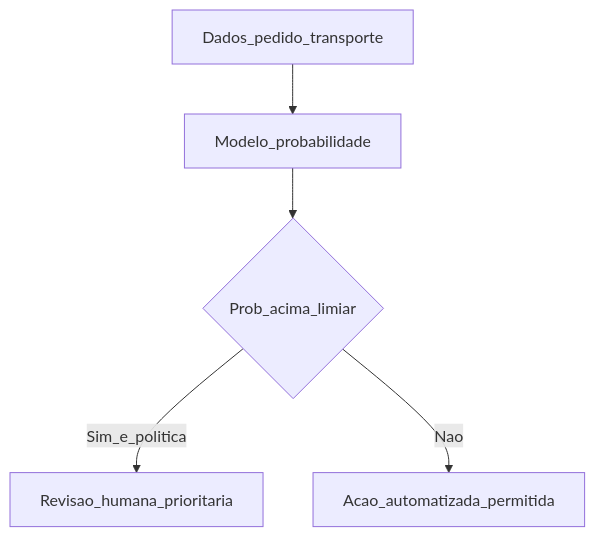
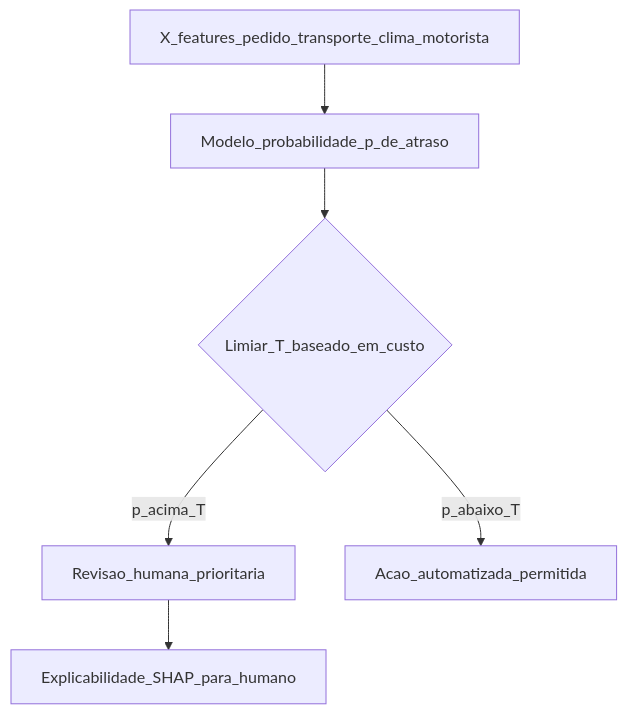
The first of 2 diagrams in aulas/trilha-automacao-e-digitalizacao/modulo-03-ai-aplicada-supply-chain/aula-02-classificacao-risco-atraso-qualidade.md (cleberhensel/logisticon-academy), drawn with Mermaid before and after one commit. The commit also changed other lines of this file and 122 other files, not shown here.

````diff
--- a/aulas/trilha-automacao-e-digitalizacao/modulo-03-ai-aplicada-supply-chain/aula-02-classificacao-risco-atraso-qualidade.md
+++ b/aulas/trilha-automacao-e-digitalizacao/modulo-03-ai-aplicada-supply-chain/aula-02-classificacao-risco-atraso-qualidade.md
@@ -44,11 +60,13 @@
 ```mermaid
 flowchart TD
-  X[Dados_pedido_transporte]
-  M[Modelo_probabilidade]
-  T{Prob_acima_limiar}
+  X[X_features_pedido_transporte_clima_motorista]
+  M[Modelo_probabilidade_p_de_atraso]
+  T{Limiar_T_baseado_em_custo}
   H[Revisao_humana_prioritaria]
   A[Acao_automatizada_permitida]
+  E[Explicabilidade_SHAP_para_humano]
   X --> M --> T
-  T -->|Sim_e_politica| H
-  T -->|Nao| A
+  T -->|p_acima_T| H
+  T -->|p_abaixo_T| A
+  H --> E
 ```
````
